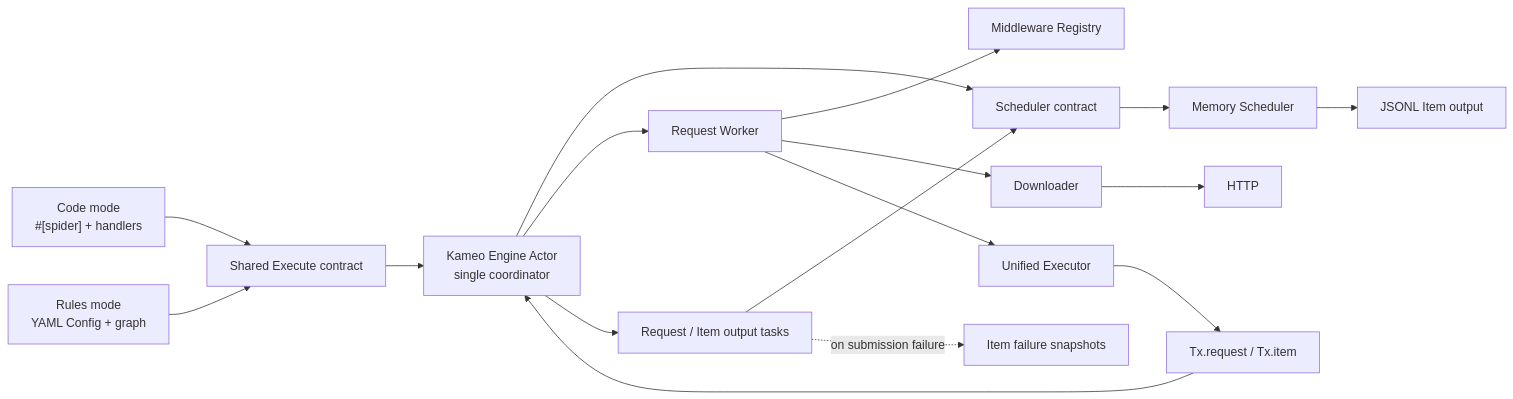
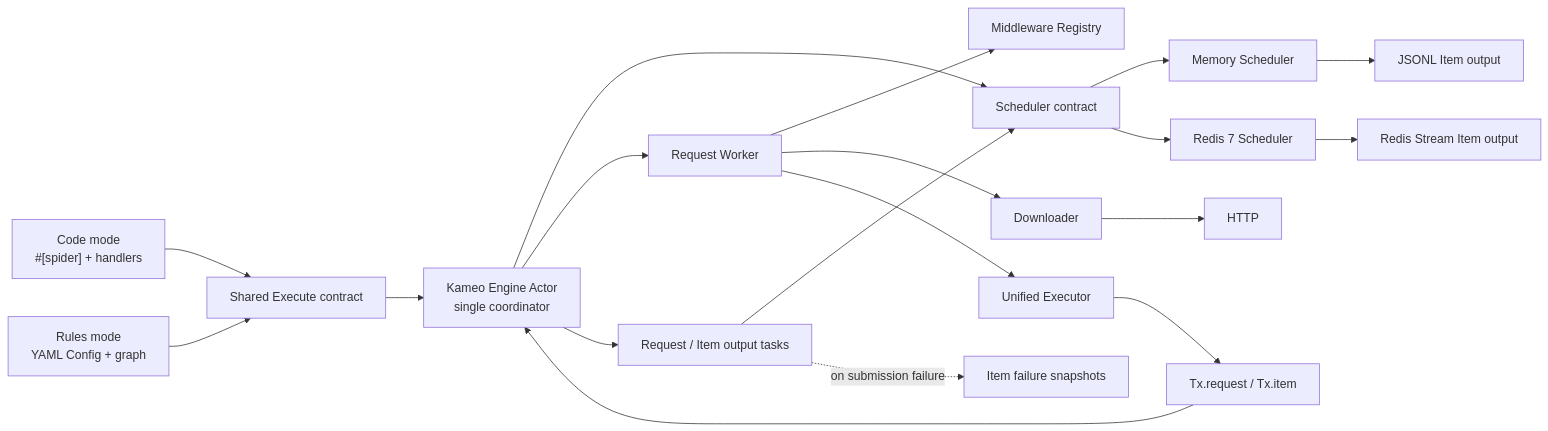
Before and after one commit to halo-space/crawler: the first of 5 diagrams in docs/architecture.md, drawn with Mermaid. The commit also changed other lines of this file and 55 other files, not shown here.

Commit message:
feat: add redis scheduler

````diff
--- a/docs/architecture.md
+++ b/docs/architecture.md
@@ -53,35 +54,39 @@
 ```mermaid
 flowchart LR
     C["Code mode<br/>#[spider] + handlers"]
     R["Rules mode<br/>YAML Config + graph"]
     X["Shared Execute contract"]
     T["Tx.request / Tx.item"]
     A["Kameo Engine Actor<br/>single coordinator"]
     S["Scheduler contract"]
     M["Memory Scheduler"]
+    Z["Redis 7 Scheduler"]
     W["Request Worker"]
     MW["Middleware Registry"]
     D["Downloader"]
     H["HTTP"]
     E["Unified Executor"]
     O["Request / Item output tasks"]
     P["JSONL Item output"]
+    I["Redis Stream Item output"]
     F["Item failure snapshots"]
 
     C --> X
     R --> X
     X --> A
     A --> S
     S --> M
+    S --> Z
     A --> W
     W --> MW
     W --> D
     D --> H
     W --> E
     E --> T
     T --> A
     A --> O
     O --> S
     M --> P
+    Z --> I
     O -. on submission failure .-> F
 ```
````
